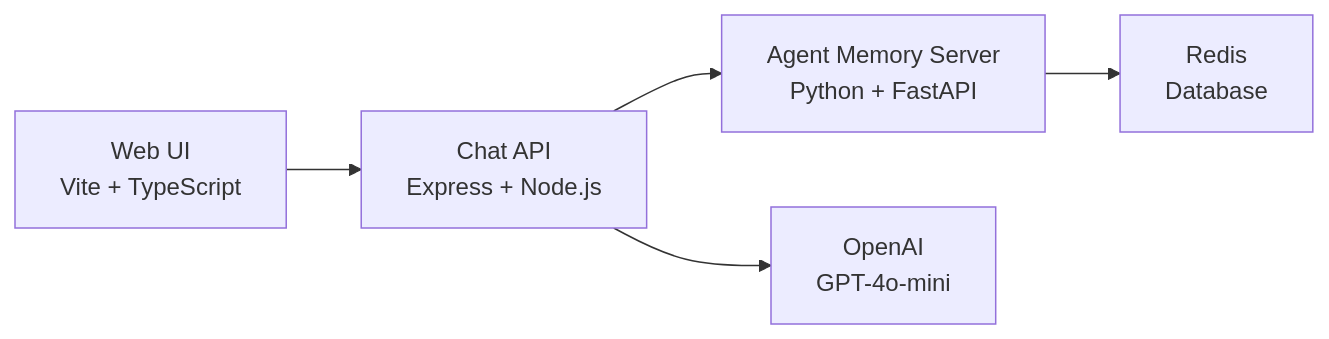
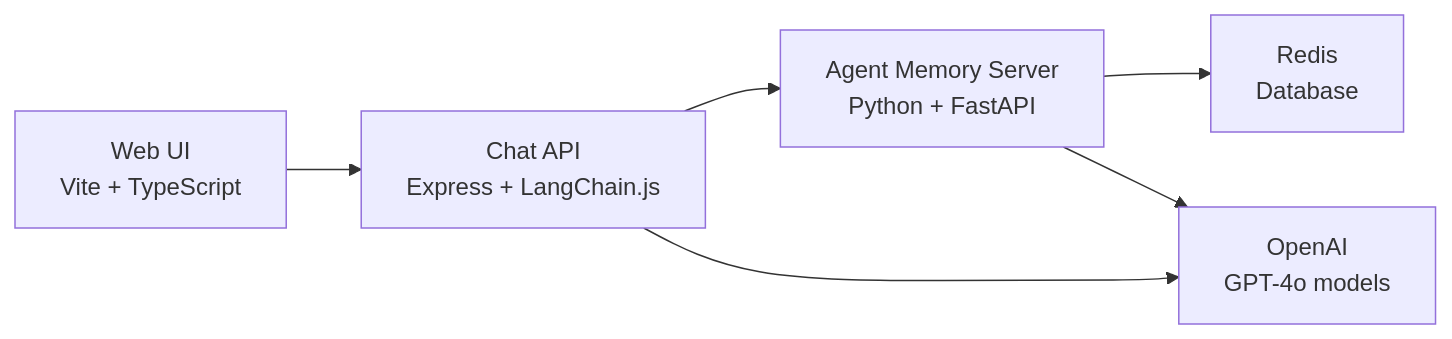
One commit to redis-developer/podbot changed the diagram in README.md. Above: the diagram before and after it, drawn with Mermaid. The commit also changed other lines of this file, not shown here.

Commit message:
updated mermaid diagram

````diff
--- a/README.md
+++ b/README.md
@@ -67,7 +67,8 @@
 ```mermaid
 graph LR
-    A[Web UI<br/>Vite + TypeScript] --> B[Chat API<br/>Express + Node.js]
+    A[Web UI<br/>Vite + TypeScript] --> B[Chat API<br/>Express + LangChain.js]
     B --> C[Agent Memory Server<br/>Python + FastAPI]
     C --> D[Redis<br/>Database]
-    B --> E[OpenAI<br/>GPT-4o-mini]
+    B --> E[OpenAI<br/>GPT-4o models]
+    C --> E
 ```
````
